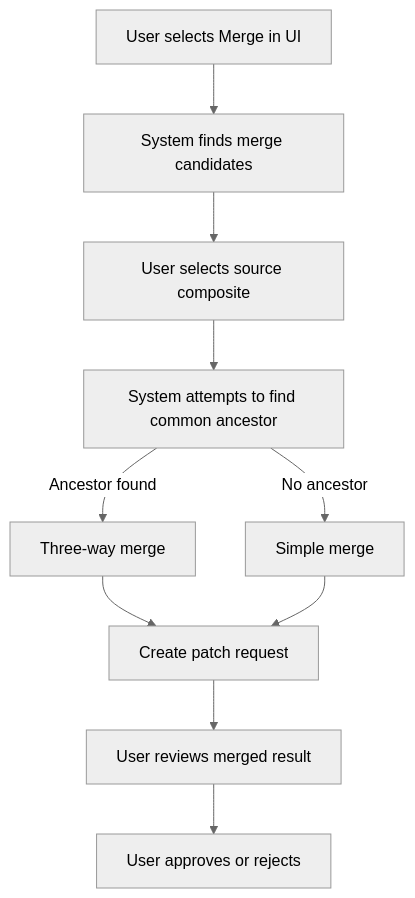
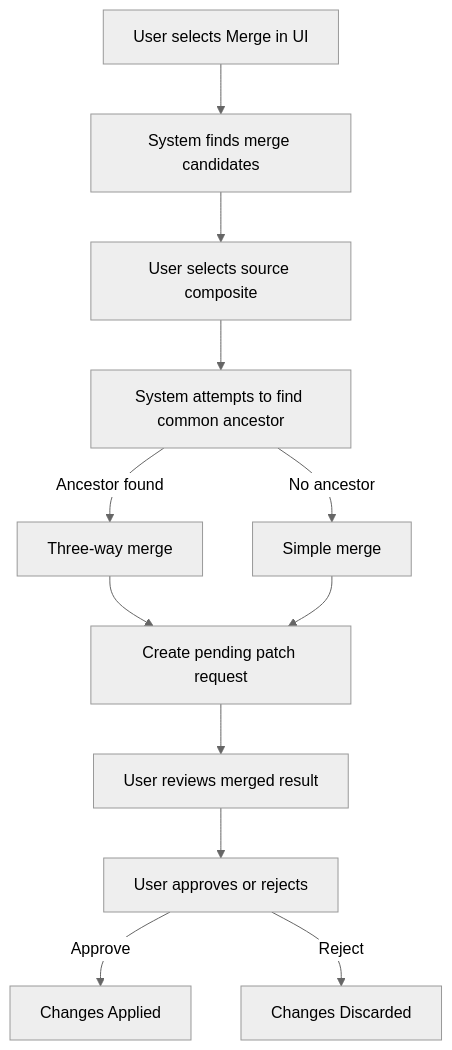
One commit to VisioncreatorEarth/visioncreator changed the ninth of 9 diagrams in apps/app/src/routes/local/documentation/COMPOSITES-ARCHITECTURE.md. Above: the diagram before and after it, drawn with Mermaid (neutral theme). The commit also changed other lines of this file and 3 other files, not shown here.

````diff
--- a/apps/app/src/routes/local/documentation/COMPOSITES-ARCHITECTURE.md
+++ b/apps/app/src/routes/local/documentation/COMPOSITES-ARCHITECTURE.md
@@ -587,12 +660,14 @@
 ```mermaid
 graph TD
     A[User selects Merge in UI] --> B[System finds merge candidates]
     B --> C[User selects source composite]
     C --> D[System attempts to find common ancestor]
     D -->|Ancestor found| E[Three-way merge]
     D -->|No ancestor| F[Simple merge]
-    E --> G[Create patch request]
+    E --> G[Create pending patch request]
     F --> G
     G --> H[User reviews merged result]
     H --> I[User approves or rejects]
+    I -->|Approve| J[Changes Applied]
+    I -->|Reject| K[Changes Discarded]
 ```
````
